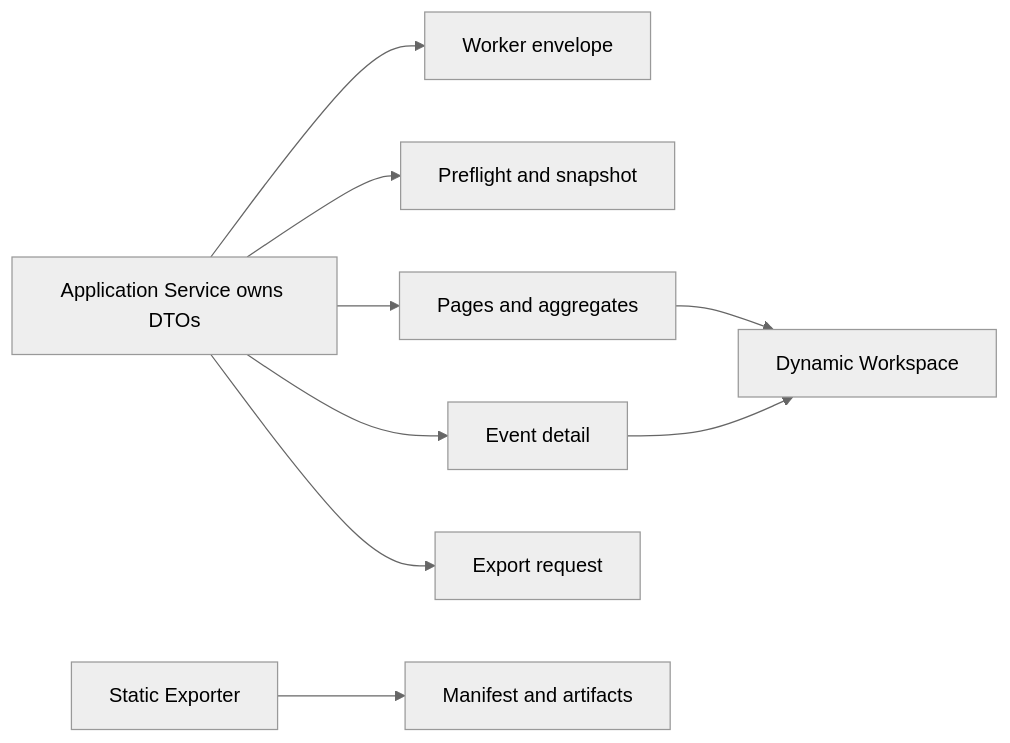
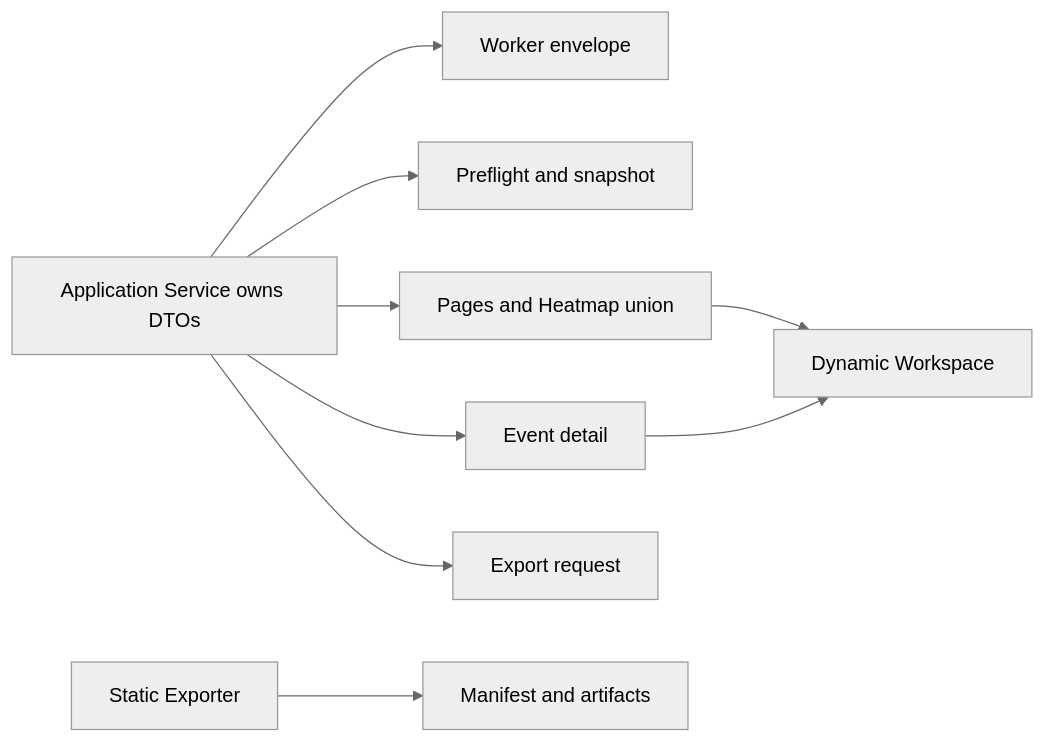
The seventh of 10 diagrams in docs/design/high-level/HLD-003-agent-report-dynamic-app-and-static-export.md (martinbechard/agent-runner), drawn with Mermaid (neutral theme) before and after one commit. The commit also changed other lines of this file, not shown here.

Commit message:
docs: reconcile dynamic heatmap high-level design

````diff
--- a/docs/design/high-level/HLD-003-agent-report-dynamic-app-and-static-export.md
+++ b/docs/design/high-level/HLD-003-agent-report-dynamic-app-and-static-export.md
@@ -464,11 +534,11 @@
 ```mermaid
 flowchart LR
   Service[Application Service owns DTOs] --> WorkerEnvelope[Worker envelope]
   Service --> Preflight[Preflight and snapshot]
-  Service --> Pages[Pages and aggregates]
+  Service --> Pages[Pages and Heatmap union]
   Service --> Detail[Event detail]
   Pages --> Workspace[Dynamic Workspace]
   Detail --> Workspace
   Service --> ExportRequest[Export request]
   Exporter[Static Exporter] --> Manifest[Manifest and artifacts]
 ```
````
